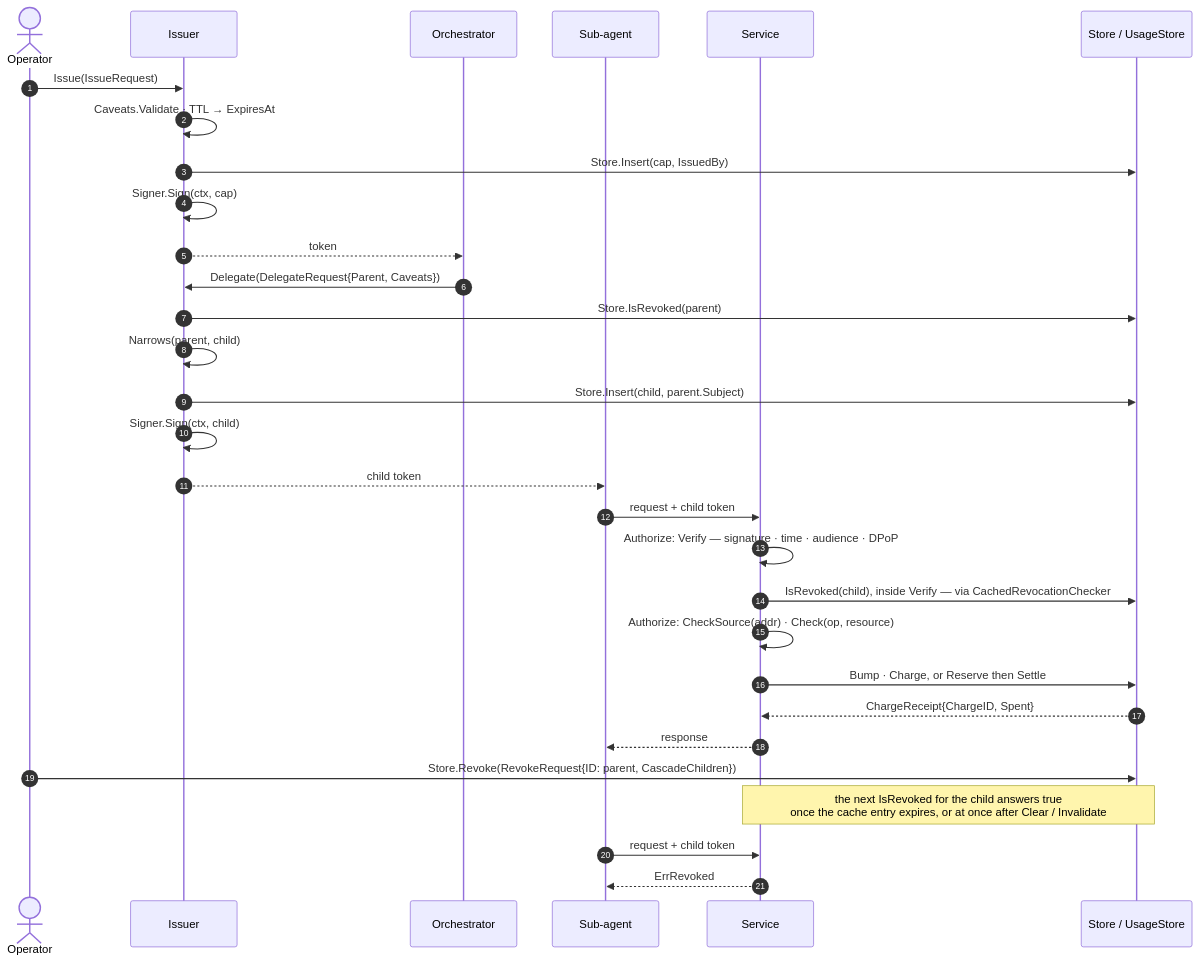
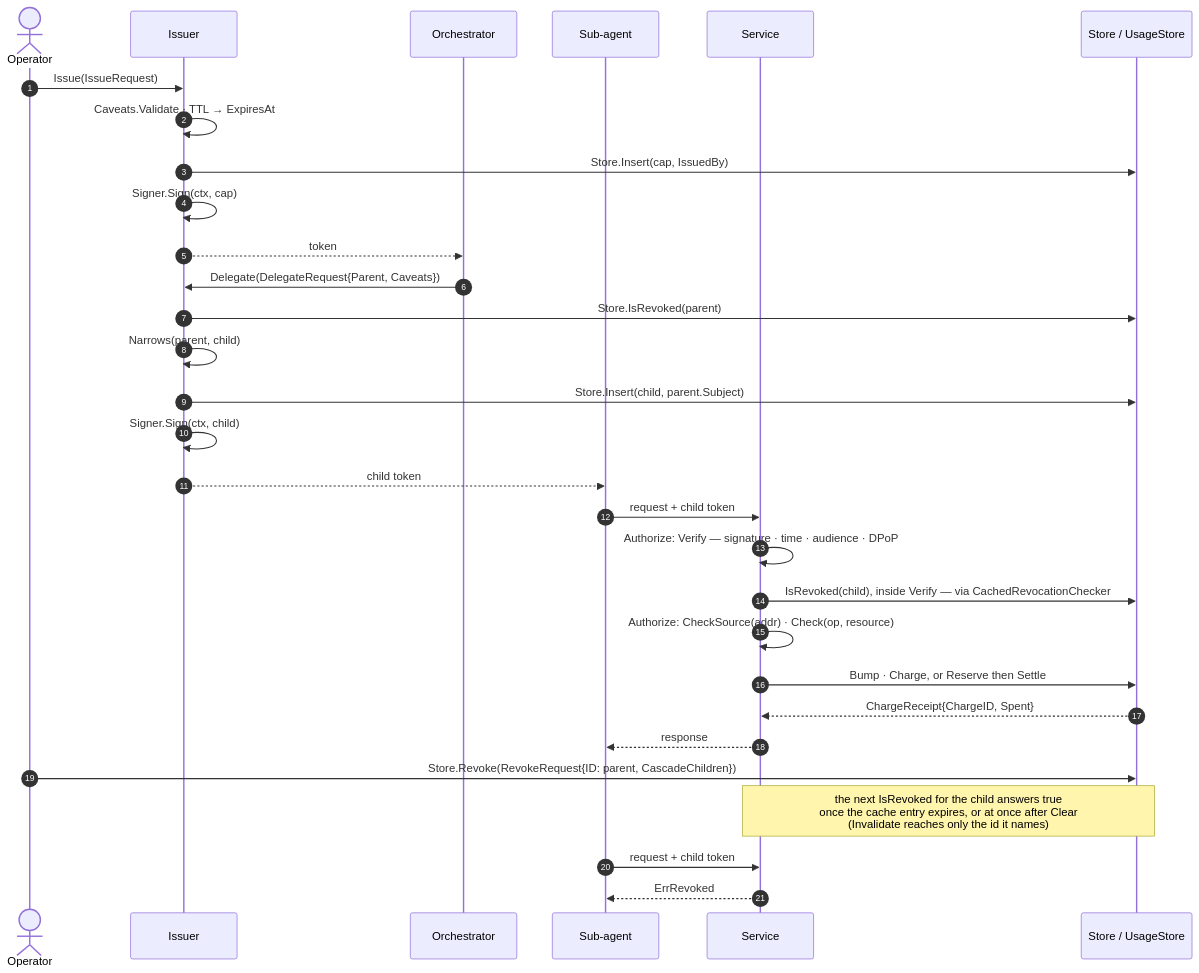
Before and after one commit to oleg-tkachuk/limes: the second of 11 diagrams in docs/diagrams.md, drawn with Mermaid. The commit also changed other lines of this file, not shown here.

First line of the commit message:
docs(diagrams): put the 503 row first and correct the cache, key and budget edges

````diff
--- a/docs/diagrams.md
+++ b/docs/diagrams.md
@@ -111,36 +111,36 @@
 ```mermaid
 sequenceDiagram
     autonumber
     actor Op as Operator
     participant I as Issuer
     participant O as Orchestrator
     participant W as Sub-agent
     participant S as Service
     participant St as Store / UsageStore
 
     Op->>I: Issue(IssueRequest)
     I->>I: Caveats.Validate · TTL → ExpiresAt
     I->>St: Store.Insert(cap, IssuedBy)
     I->>I: Signer.Sign(ctx, cap)
     I-->>O: token
 
     O->>I: Delegate(DelegateRequest{Parent, Caveats})
     I->>St: Store.IsRevoked(parent)
     I->>I: Narrows(parent, child)
     I->>St: Store.Insert(child, parent.Subject)
     I->>I: Signer.Sign(ctx, child)
     I-->>W: child token
 
     W->>S: request + child token
     S->>S: Authorize: Verify — signature · time · audience · DPoP
     S->>St: IsRevoked(child), inside Verify — via CachedRevocationChecker
     S->>S: Authorize: CheckSource(addr) · Check(op, resource)
     S->>St: Bump · Charge, or Reserve then Settle
     St-->>S: ChargeReceipt{ChargeID, Spent}
     S-->>W: response
 
     Op->>St: Store.Revoke(RevokeRequest{ID: parent, CascadeChildren})
-    Note over S,St: the next IsRevoked for the child answers true<br/>once the cache entry expires, or at once after Clear / Invalidate
+    Note over S,St: the next IsRevoked for the child answers true<br/>once the cache entry expires, or at once after Clear<br/>(Invalidate reaches only the id it names)
     W->>S: request + child token
     S-->>W: ErrRevoked
 ```
````
